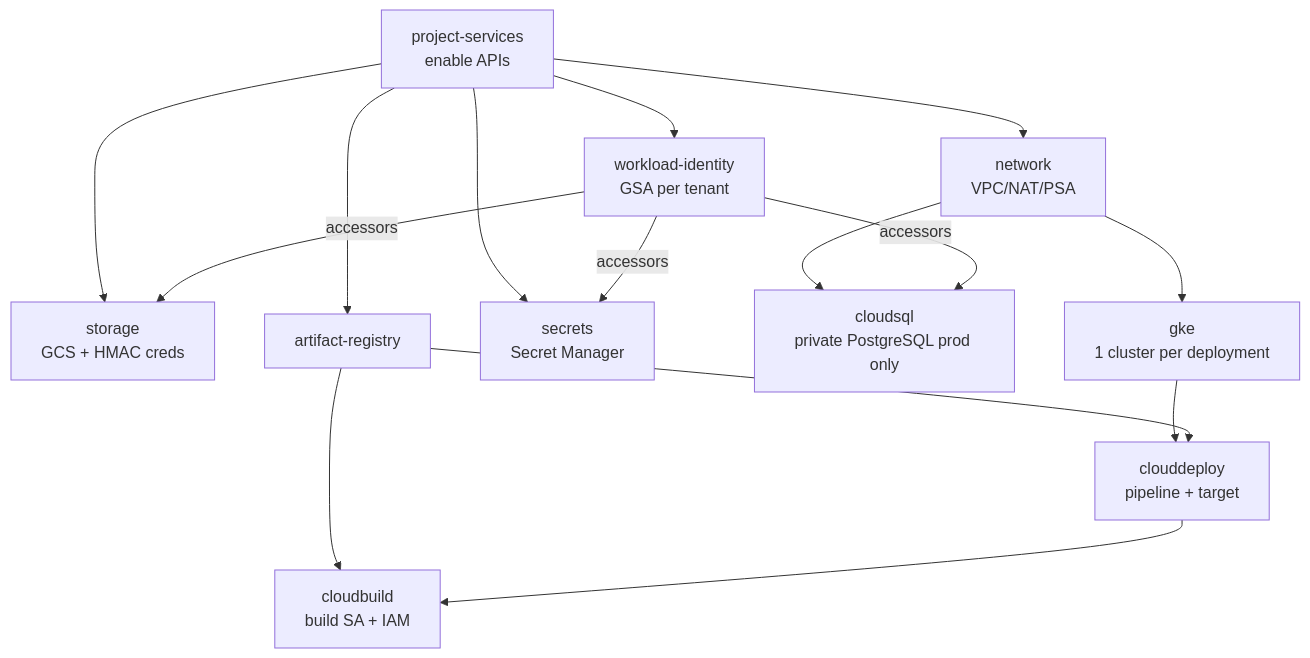
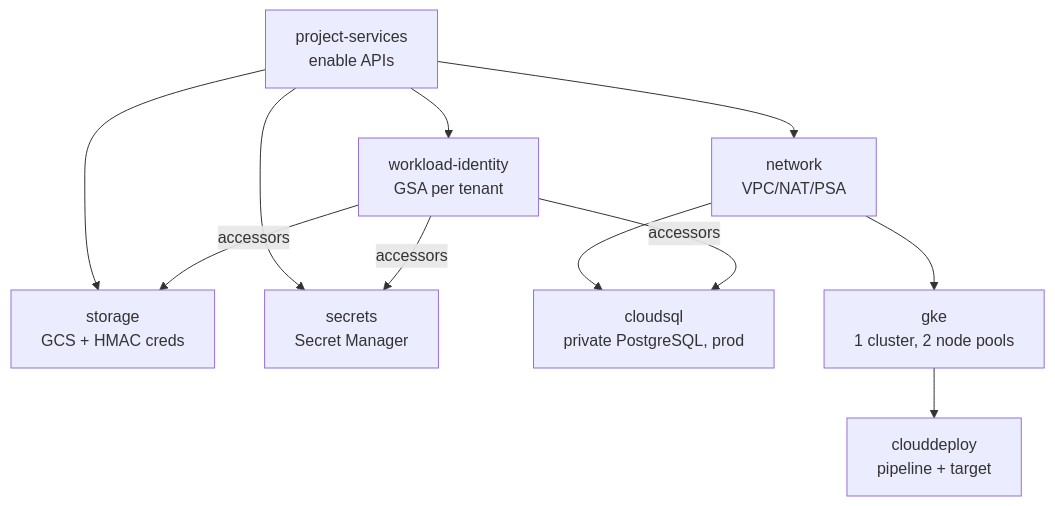
Before and after one commit to pilprod/yourown-chat: the first of 2 diagrams in README.md, drawn with Mermaid. The commit also changed other lines of this file and 28 other files, not shown here.

````diff
--- a/README.md
+++ b/README.md
@@ -85,17 +104,13 @@
 ```mermaid
 graph TD
   PS[project-services<br/>enable APIs] --> NET[network<br/>VPC/NAT/PSA]
   PS --> STO[storage<br/>GCS + HMAC creds]
-  PS --> AR[artifact-registry]
   PS --> WI[workload-identity<br/>GSA per tenant]
   PS --> SEC[secrets<br/>Secret Manager]
-  NET --> SQL[cloudsql<br/>private PostgreSQL prod only]
-  NET --> GKE[gke<br/>1 cluster per deployment]
+  NET --> SQL[cloudsql<br/>private PostgreSQL, prod]
+  NET --> GKE[gke<br/>1 cluster, 2 node pools]
   WI -->|accessors| SQL
   WI -->|accessors| STO
   WI -->|accessors| SEC
   GKE --> CD[clouddeploy<br/>pipeline + target]
-  AR --> CD
-  AR --> CB[cloudbuild<br/>build SA + IAM]
-  CD --> CB
 ```
````
